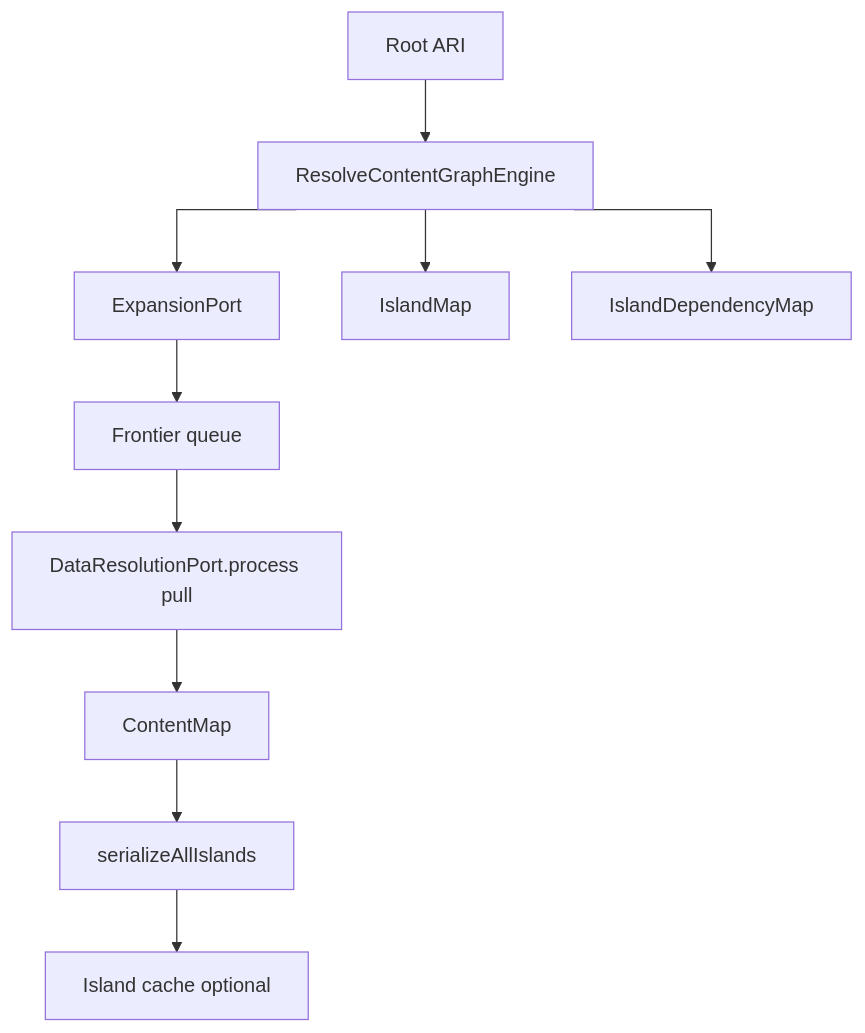
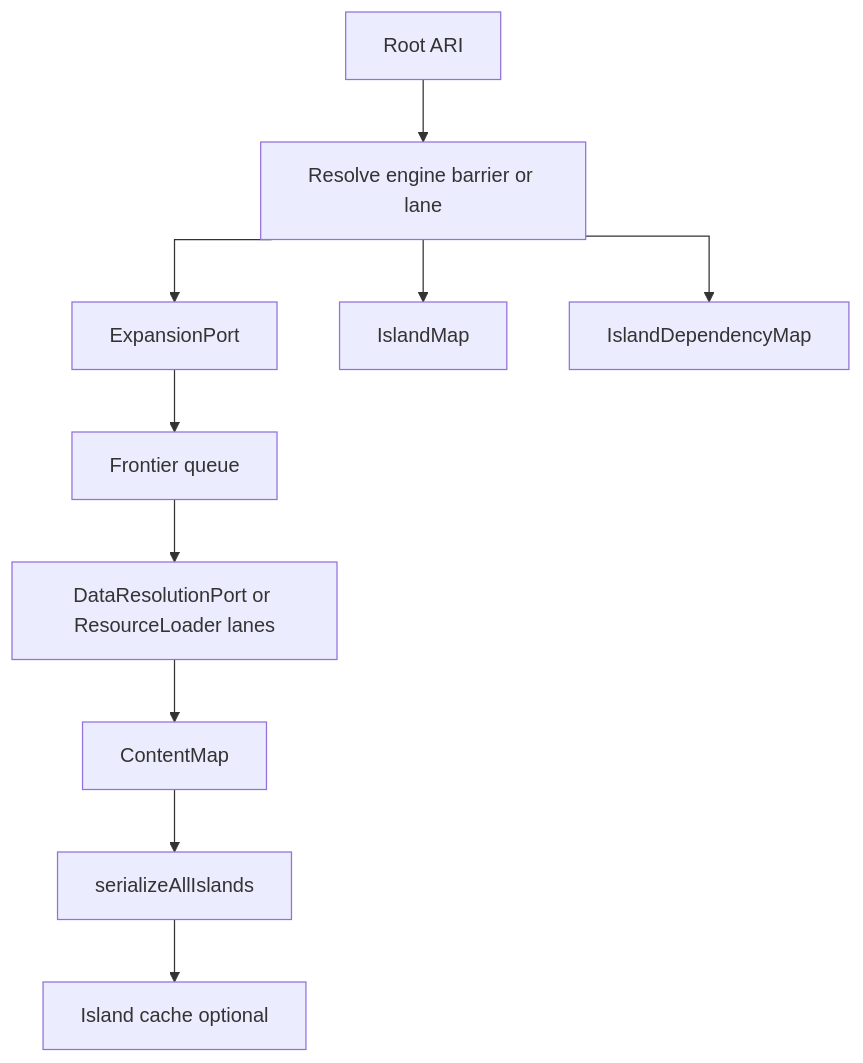
The diagram in apps/xndrjs-documentation/src/content/docs/v0/infrastructure/resource-graph-resolver.md (xndrjs/toolkit), drawn with Mermaid before and after one commit. The commit also changed other lines of this file and 23 other files, not shown here.

````diff
--- a/apps/xndrjs-documentation/src/content/docs/v0/infrastructure/resource-graph-resolver.md
+++ b/apps/xndrjs-documentation/src/content/docs/v0/infrastructure/resource-graph-resolver.md
@@ -35,13 +35,13 @@
 ```mermaid
 %%{init: {'flowchart': {'curve': 'stepAfter'}}}%%
 flowchart TD
-  root[Root ARI] --> engine[ResolveContentGraphEngine]
+  root[Root ARI] --> engine[Resolve engine barrier or lane]
   engine --> expand[ExpansionPort]
   expand --> queue[Frontier queue]
-  queue --> data[DataResolutionPort.process pull]
+  queue --> data[DataResolutionPort or ResourceLoader lanes]
   data --> contentMap[ContentMap]
   engine --> islands[IslandMap]
   engine --> deps[IslandDependencyMap]
   contentMap --> serialize[serializeAllIslands]
   serialize --> cache[Island cache optional]
 ```
````
